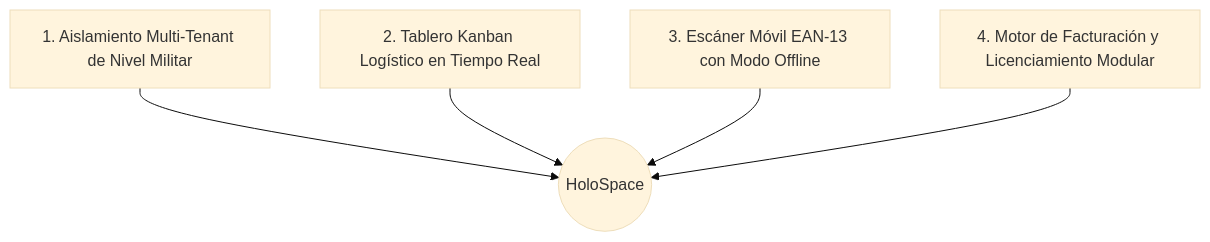
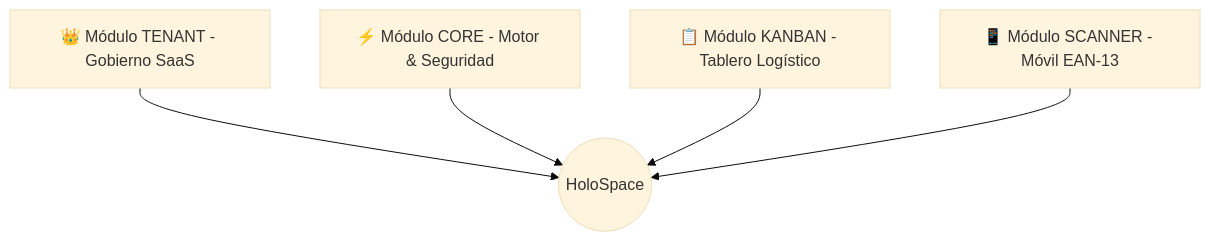
The diagram in docs/CONTENT.md (jsrxar77/holospace-baseline), drawn with Mermaid (base theme) before and after one commit. The commit also changed other lines of this file and 2 other files, not shown here.

````diff
--- a/docs/CONTENT.md
+++ b/docs/CONTENT.md
@@ -26,7 +26,7 @@
 ```mermaid
 graph TD
-    P1[1. Aislamiento Multi-Tenant de Nivel Militar] --> Hub((HoloSpace))
-    P2[2. Tablero Kanban Logístico en Tiempo Real] --> Hub
-    P3[3. Escáner Móvil EAN-13 con Modo Offline] --> Hub
-    P4[4. Motor de Facturación y Licenciamiento Modular] --> Hub
+    M1[👑 Módulo TENANT - Gobierno SaaS] --> Core((HoloSpace))
+    M2[⚡ Módulo CORE - Motor & Seguridad] --> Core
+    M3[📋 Módulo KANBAN - Tablero Logístico] --> Core
+    M4[📱 Módulo SCANNER - Móvil EAN-13] --> Core
 ```
````
